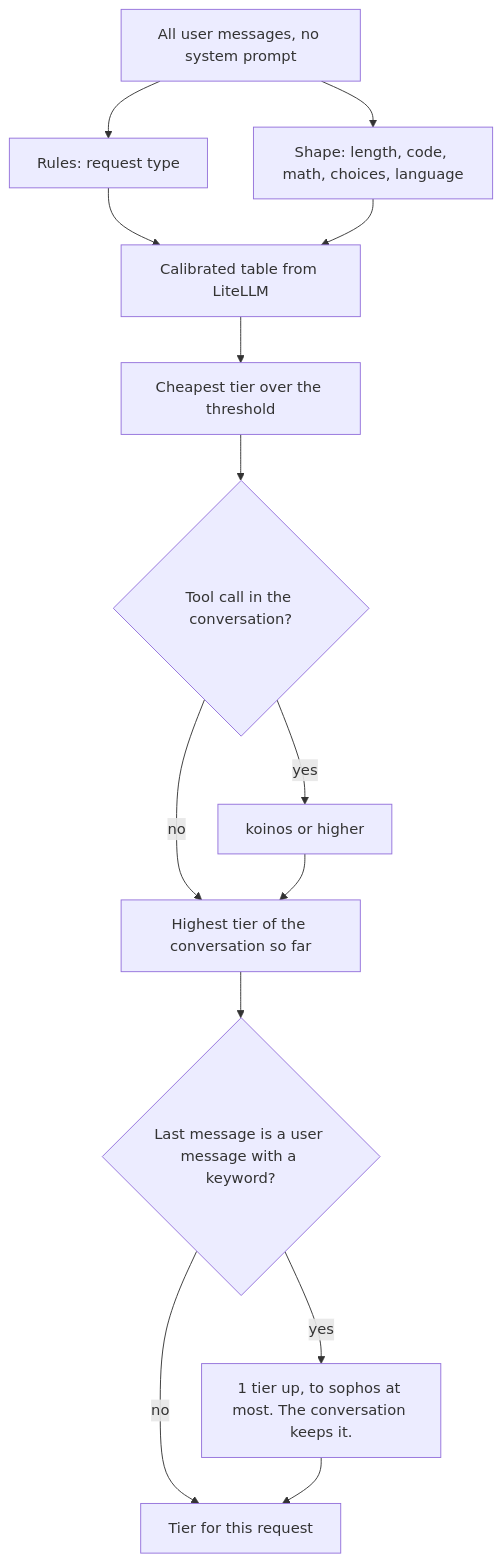
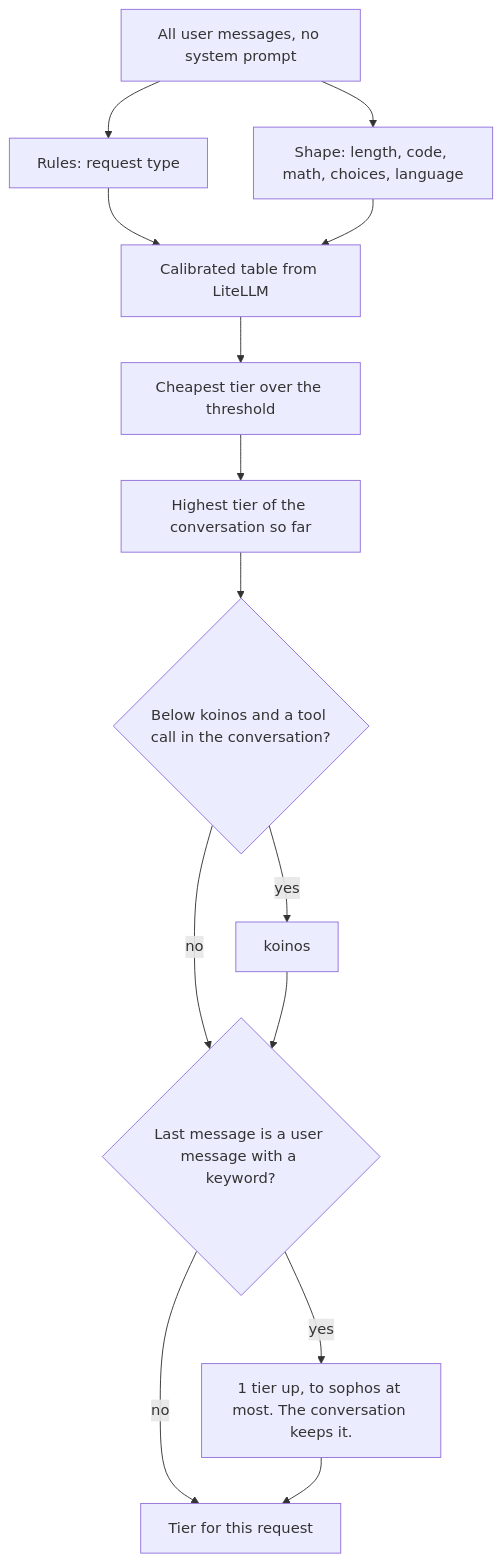
Before and after one commit to nemoe7/daedalus: the second of 5 diagrams in docs/architecture.md, drawn with Mermaid. The commit also changed other lines of this file and 2 other files, not shown here.

Commit message:
perf(api): skip the tool call scan for a session at koinos or higher

````diff
--- a/docs/architecture.md
+++ b/docs/architecture.md
@@ -43,16 +43,16 @@
 ```mermaid
 flowchart TD
   U[All user messages, no system prompt] --> R[Rules: request type]
   U --> K[Shape: length, code, math, choices, language]
   R --> AR[Calibrated table from LiteLLM]
   K --> AR
   AR --> T1[Cheapest tier over the threshold]
-  T1 --> TF{Tool call in the conversation?}
-  TF -->|yes| KF[koinos or higher]
-  TF -->|no| HT
-  KF --> HT[Highest tier of the conversation so far]
-  HT --> KW{Last message is a user message with a keyword?}
+  T1 --> HT[Highest tier of the conversation so far]
+  HT --> TF{Below koinos and a tool call in the conversation?}
+  TF -->|yes| KF[koinos]
+  TF -->|no| KW
+  KF --> KW{Last message is a user message with a keyword?}
   KW -->|yes| UP[1 tier up, to sophos at most. The conversation keeps it.]
   KW -->|no| T
   UP --> T[Tier for this request]
 ```
````
